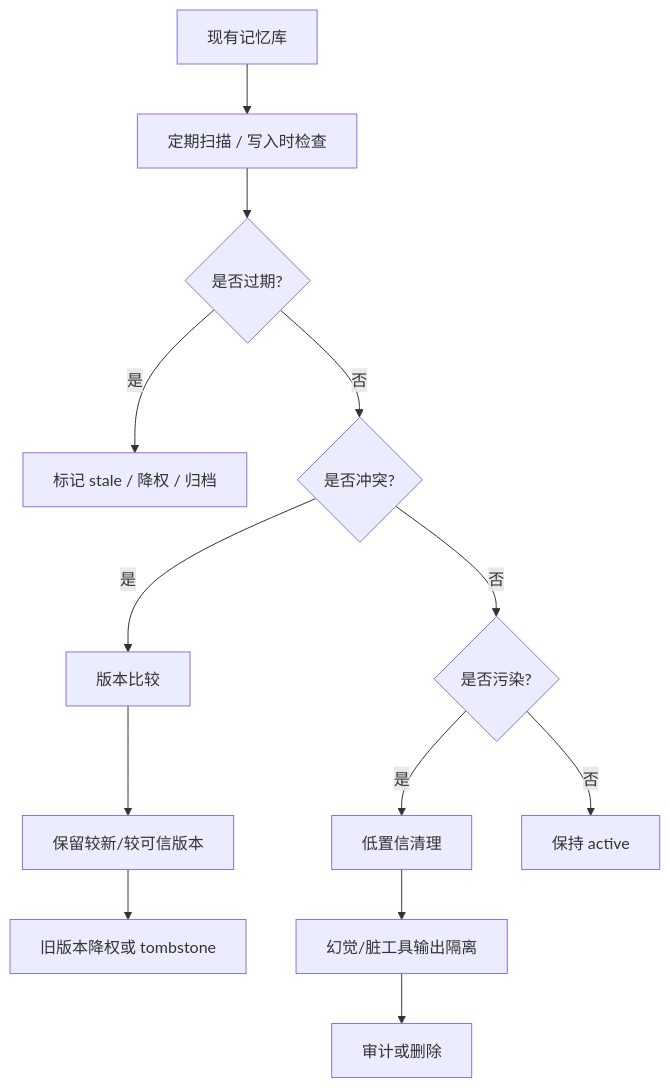
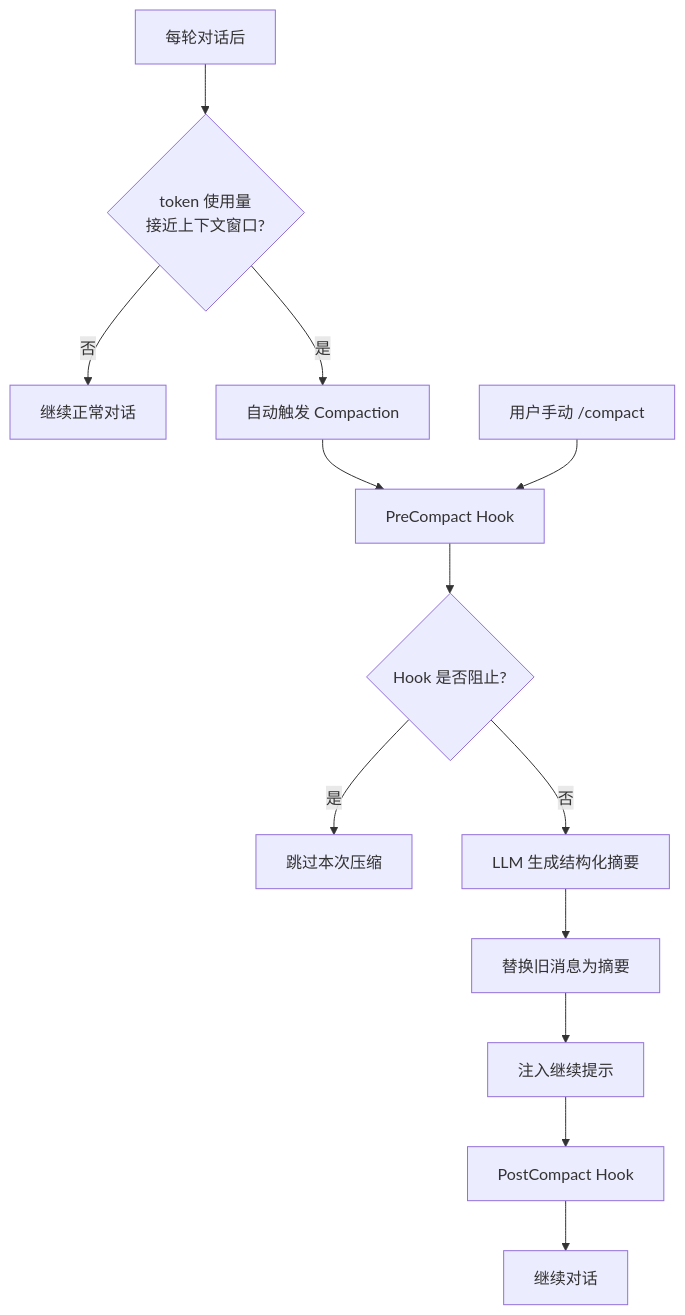
Before and after one commit to pofossette/guidebooks: the second of 3 diagrams in docs/agent-dev/claude-code-learning/context-management-enhanced.md, drawn with Mermaid. The commit also changed other lines of this file and 13 other files, not shown here.

````diff
--- a/docs/agent-dev/claude-code-learning/context-management-enhanced.md
+++ b/docs/agent-dev/claude-code-learning/context-management-enhanced.md
@@ -209,19 +105,16 @@
 ```mermaid
 flowchart TD
-    A[现有记忆库] --> B[定期扫描 / 写入时检查]
+    A[每轮对话后] --> B{token 使用量<br/>接近上下文窗口?}
+    B -- 否 --> C[继续正常对话]
+    B -- 是 --> D[自动触发 Compaction]
+    D --> E[PreCompact Hook]
+    E --> F{Hook 是否阻止?}
+    F -- 是 --> G[跳过本次压缩]
+    F -- 否 --> H[LLM 生成结构化摘要]
+    H --> I[替换旧消息为摘要]
+    I --> J[注入继续提示]
+    J --> K[PostCompact Hook]
+    K --> L[继续对话]
 
-    B --> C{是否过期?}
-    C -- 是 --> C1[标记 stale / 降权 / 归档]
-    C -- 否 --> D{是否冲突?}
-
-    D -- 是 --> D1[版本比较]
-    D1 --> D2[保留较新/较可信版本]
-    D2 --> D3[旧版本降权或 tombstone]
-
-    D -- 否 --> E{是否污染?}
-    E -- 是 --> E1[低置信清理]
-    E1 --> E2[幻觉/脏工具输出隔离]
-    E2 --> E3[审计或删除]
-
-    E -- 否 --> F[保持 active]
+    M[用户手动 /compact] --> E
 ```
````
